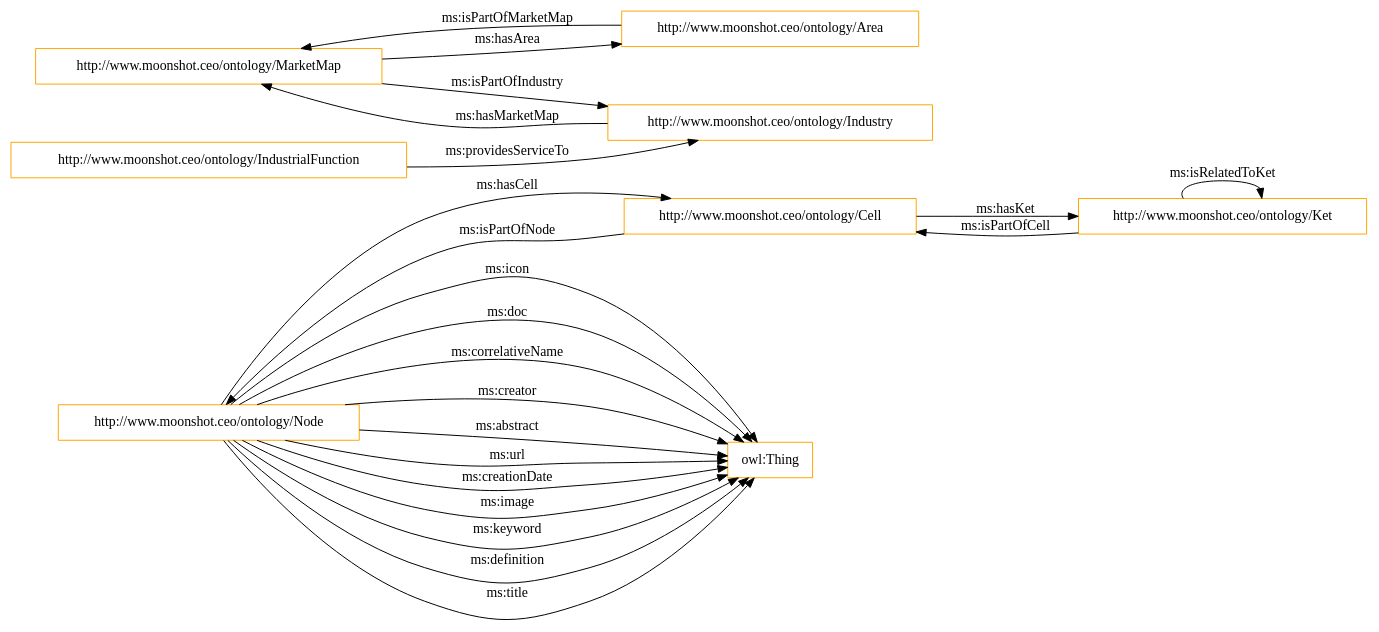
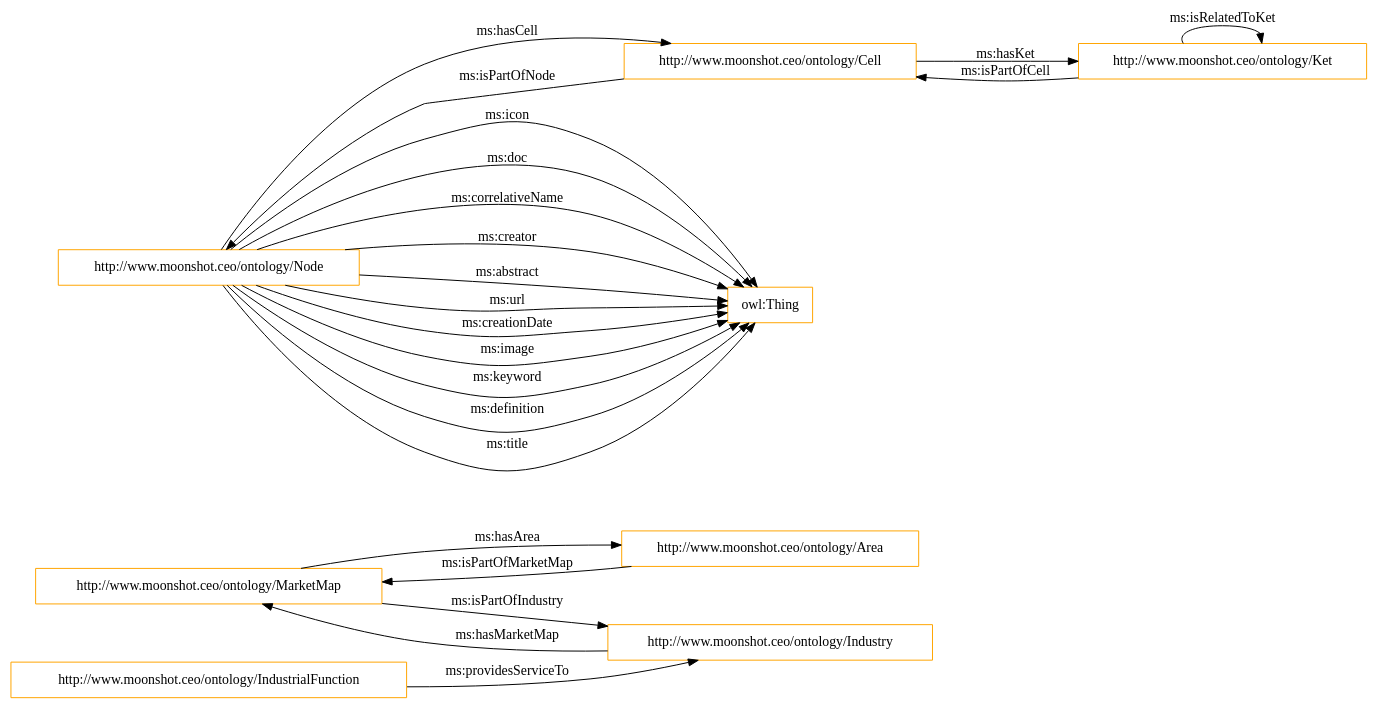
Before and after one commit to oeg-upm/IEBrain: the diagram in OnToology/iebrain.ttl/diagrams/ar2dtool-class/iebrain.ttl.png.dot, drawn with Graphviz. The commit also changed 21 other files, not shown here.

```diff
--- a/OnToology/iebrain.ttl/diagrams/ar2dtool-class/iebrain.ttl.png.dot
+++ b/OnToology/iebrain.ttl/diagrams/ar2dtool-class/iebrain.ttl.png.dot
@@ -1,27 +1,27 @@
 digraph ar2dtool_diagram { 
 rankdir=LR;
 size="1501"
-node [shape = rectangle, color="orange"]; "http://www.moonshot.ceo/ontology/Node" "http://www.moonshot.ceo/ontology/MarketMap" "http://www.moonshot.ceo/ontology/Ket" "http://www.moonshot.ceo/ontology/Industry" "http://www.moonshot.ceo/ontology/IndustrialFunction" "http://www.moonshot.ceo/ontology/Cell" "http://www.moonshot.ceo/ontology/Area" "owl:Thing" ; /*classes style*/
+node [shape = rectangle, color="orange"]; "http://www.moonshot.ceo/ontology/MarketMap" "http://www.moonshot.ceo/ontology/Node" "http://www.moonshot.ceo/ontology/Area" "http://www.moonshot.ceo/ontology/Cell" "http://www.moonshot.ceo/ontology/Ket" "http://www.moonshot.ceo/ontology/Industry" "http://www.moonshot.ceo/ontology/IndustrialFunction" "owl:Thing" ; /*classes style*/
 	"http://www.moonshot.ceo/ontology/MarketMap" -> "http://www.moonshot.ceo/ontology/Area" [ label = "ms:hasArea" ];
 	"http://www.moonshot.ceo/ontology/Node" -> "owl:Thing" [ label = "ms:icon" ];
 	"http://www.moonshot.ceo/ontology/Node" -> "owl:Thing" [ label = "ms:doc" ];
 	"http://www.moonshot.ceo/ontology/Node" -> "owl:Thing" [ label = "ms:correlativeName" ];
 	"http://www.moonshot.ceo/ontology/Node" -> "owl:Thing" [ label = "ms:creator" ];
 	"http://www.moonshot.ceo/ontology/Node" -> "owl:Thing" [ label = "ms:abstract" ];
 	"http://www.moonshot.ceo/ontology/Node" -> "http://www.moonshot.ceo/ontology/Cell" [ label = "ms:hasCell" ];
 	"http://www.moonshot.ceo/ontology/Node" -> "owl:Thing" [ label = "ms:url" ];
 	"http://www.moonshot.ceo/ontology/Node" -> "owl:Thing" [ label = "ms:creationDate" ];
 	"http://www.moonshot.ceo/ontology/Area" -> "http://www.moonshot.ceo/ontology/MarketMap" [ label = "ms:isPartOfMarketMap" ];
 	"http://www.moonshot.ceo/ontology/Node" -> "owl:Thing" [ label = "ms:image" ];
 	"http://www.moonshot.ceo/ontology/Ket" -> "http://www.moonshot.ceo/ontology/Cell" [ label = "ms:isPartOfCell" ];
 	"http://www.moonshot.ceo/ontology/Node" -> "owl:Thing" [ label = "ms:keyword" ];
 	"http://www.moonshot.ceo/ontology/Node" -> "owl:Thing" [ label = "ms:definition" ];
 	"http://www.moonshot.ceo/ontology/Node" -> "owl:Thing" [ label = "ms:title" ];
 	"http://www.moonshot.ceo/ontology/Cell" -> "http://www.moonshot.ceo/ontology/Node" [ label = "ms:isPartOfNode" ];
 	"http://www.moonshot.ceo/ontology/IndustrialFunction" -> "http://www.moonshot.ceo/ontology/Industry" [ label = "ms:providesServiceTo" ];
 	"http://www.moonshot.ceo/ontology/Ket" -> "http://www.moonshot.ceo/ontology/Ket" [ label = "ms:isRelatedToKet" ];
 	"http://www.moonshot.ceo/ontology/MarketMap" -> "http://www.moonshot.ceo/ontology/Industry" [ label = "ms:isPartOfIndustry" ];
 	"http://www.moonshot.ceo/ontology/Cell" -> "http://www.moonshot.ceo/ontology/Ket" [ label = "ms:hasKet" ];
 	"http://www.moonshot.ceo/ontology/Industry" -> "http://www.moonshot.ceo/ontology/MarketMap" [ label = "ms:hasMarketMap" ];
 
 }
```
